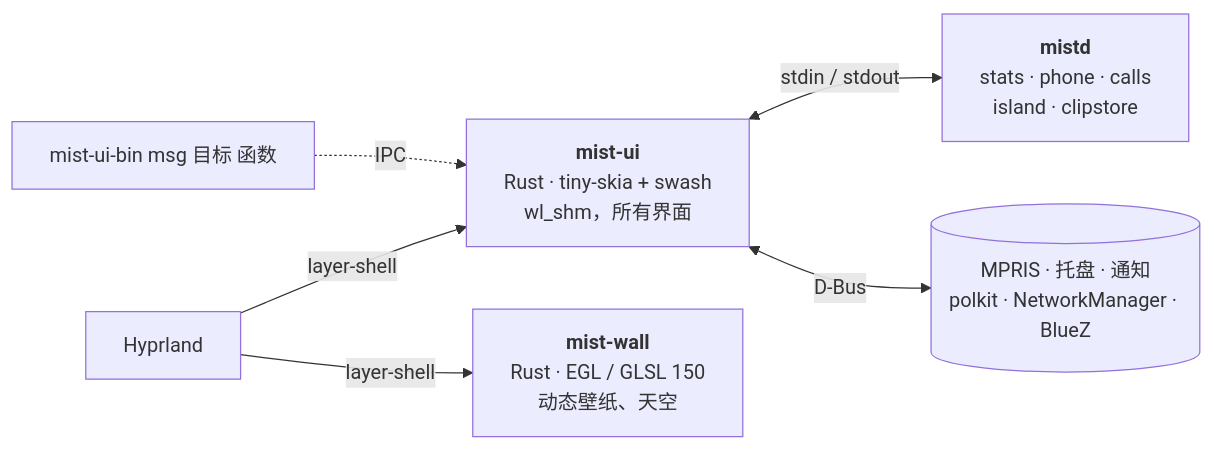
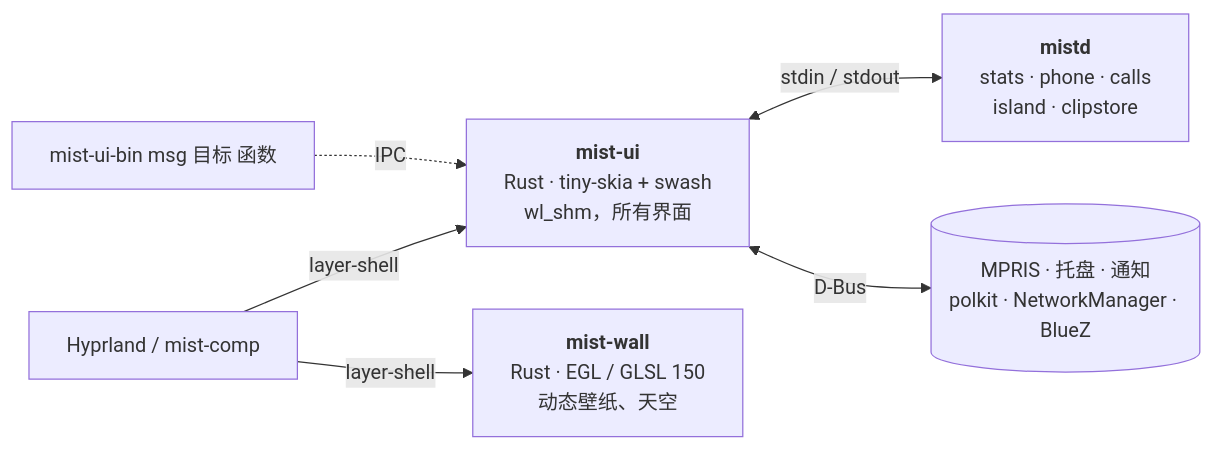
The diagram in docs/i18n/README.zh-CN.md (wiktor-jozwiak/mist), drawn with Mermaid before and after one commit. The commit also changed other lines of this file and 6 other files, not shown here.

First line of the commit message:
README (all languages): mist-comp section and benchmarks, compositor tiles

````diff
--- a/docs/i18n/README.zh-CN.md
+++ b/docs/i18n/README.zh-CN.md
@@ -148,8 +188,8 @@
 ```mermaid
 flowchart LR
-    H[Hyprland] -- layer-shell --> UI["<b>mist-ui</b><br/>Rust · tiny-skia + swash<br/>wl_shm，所有界面"]
+    H["Hyprland / mist-comp"] -- layer-shell --> UI["<b>mist-ui</b><br/>Rust · tiny-skia + swash<br/>wl_shm，所有界面"]
     H -- layer-shell --> W["<b>mist-wall</b><br/>Rust · EGL / GLSL 150<br/>动态壁纸、天空"]
     UI <-- "stdin / stdout" --> D["<b>mistd</b><br/>stats · phone · calls<br/>island · clipstore"]
     UI <-- D-Bus --> S[(MPRIS · 托盘 · 通知<br/>polkit · NetworkManager · BlueZ)]
     CLI["mist-ui-bin msg 目标 函数"] -. IPC .-> UI
 ```
````
